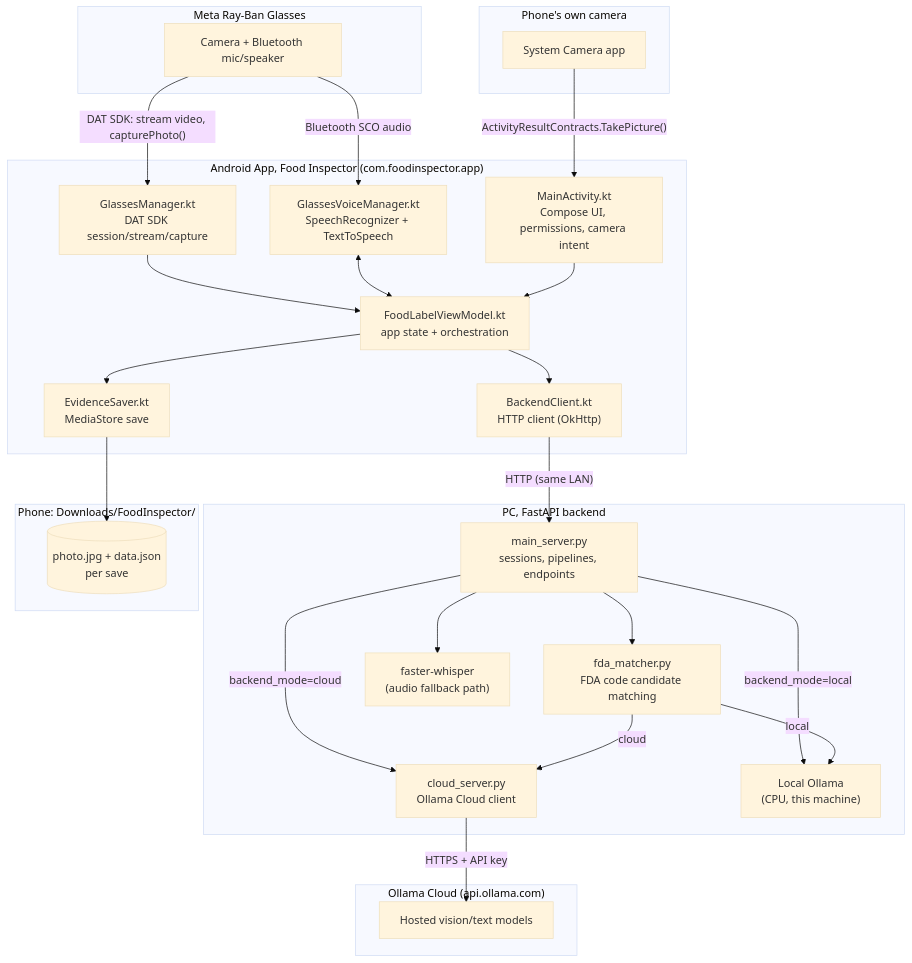
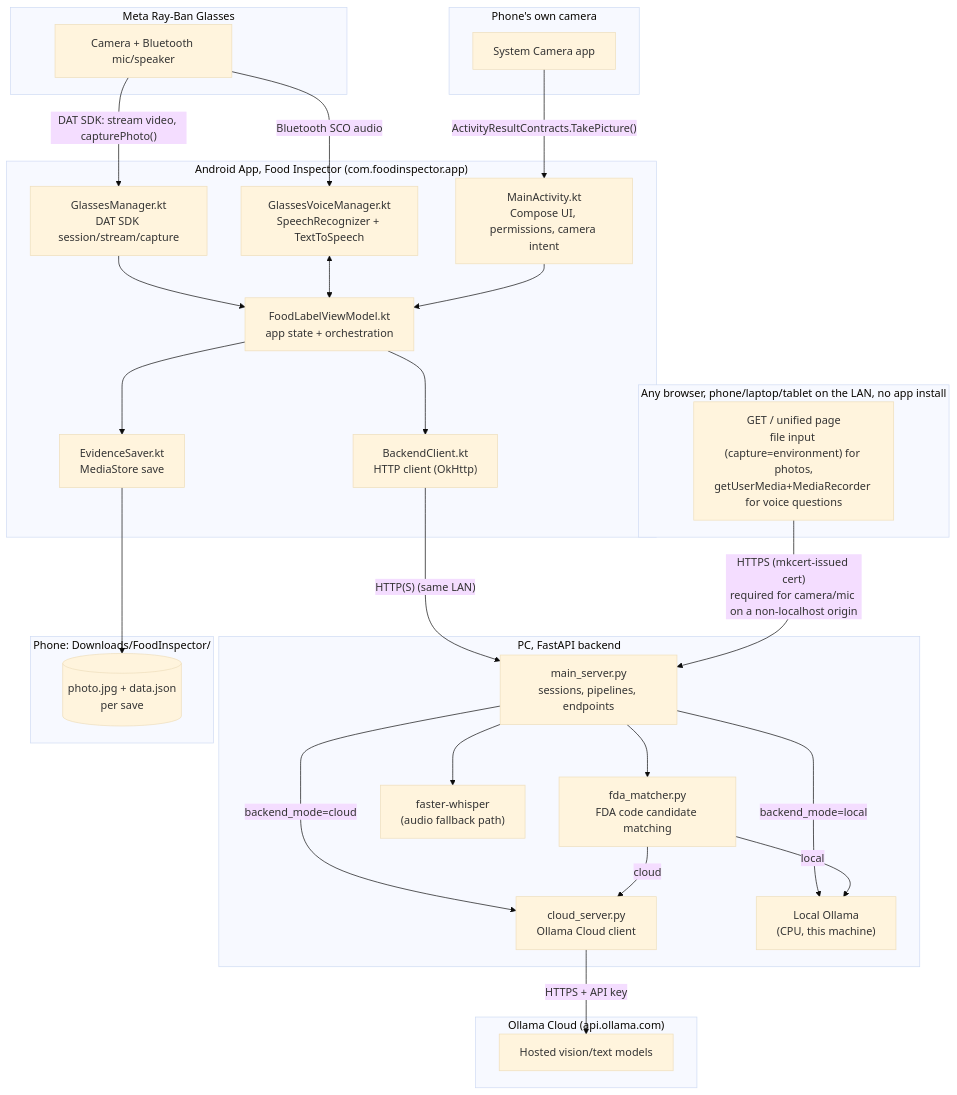
One commit to dipamb11/FoodInspector changed the first of 3 diagrams in README.md. Above: the diagram before and after it, drawn with Mermaid (base theme). The commit also changed other lines of this file and 3 other files, not shown here.

Commit message:
Add browser HTTPS/mkcert support docs, fix cloud image format normalization and null-list JSON handling

````diff
--- a/README.md
+++ b/README.md
@@ -15,55 +18,60 @@
 ```mermaid
 flowchart TB
     subgraph Glasses["Meta Ray-Ban Glasses"]
         GlassCam["Camera + Bluetooth mic/speaker"]
     end
 
     subgraph PhoneCam["Phone's own camera"]
         SystemCamera["System Camera app"]
+    end
+
+    subgraph BrowserClient["Any browser, phone/laptop/tablet on the LAN, no app install"]
+        BrowserUI["GET / unified page<br/>file input (capture=environment) for photos,<br/>getUserMedia+MediaRecorder for voice questions"]
     end
 
     subgraph App["Android App, Food Inspector (com.foodinspector.app)"]
         MainActivity["MainActivity.kt<br/>Compose UI, permissions, camera intent"]
         ViewModel["FoodLabelViewModel.kt<br/>app state + orchestration"]
         GlassesManager["GlassesManager.kt<br/>DAT SDK session/stream/capture"]
         VoiceManager["GlassesVoiceManager.kt<br/>SpeechRecognizer + TextToSpeech"]
         BackendClient["BackendClient.kt<br/>HTTP client (OkHttp)"]
         EvidenceSaver["EvidenceSaver.kt<br/>MediaStore save"]
     end
 
     subgraph PC["PC, FastAPI backend"]
         MainServer["main_server.py<br/>sessions, pipelines, endpoints"]
         CloudServer["cloud_server.py<br/>Ollama Cloud client"]
         FdaMatcher["fda_matcher.py<br/>FDA code candidate matching"]
         LocalOllama["Local Ollama<br/>(CPU, this machine)"]
         Whisper["faster-whisper<br/>(audio fallback path)"]
     end
 
     subgraph OllamaCloud["Ollama Cloud (api.ollama.com)"]
         CloudModels["Hosted vision/text models"]
     end
 
     subgraph PhoneStorage["Phone: Downloads/FoodInspector/"]
         SavedEvidence[("photo.jpg + data.json<br/>per save")]
     end
 
     GlassCam -- "DAT SDK: stream video, capturePhoto()" --> GlassesManager
     GlassCam -- "Bluetooth SCO audio" --> VoiceManager
     SystemCamera -- "ActivityResultContracts.TakePicture()" --> MainActivity
 
     GlassesManager --> ViewModel
     VoiceManager <--> ViewModel
     MainActivity --> ViewModel
     ViewModel --> BackendClient
     ViewModel --> EvidenceSaver
     EvidenceSaver --> SavedEvidence
 
-    BackendClient -- "HTTP (same LAN)" --> MainServer
+    BackendClient -- "HTTP(S) (same LAN)" --> MainServer
+    BrowserUI -- "HTTPS (mkcert-issued cert)<br/>required for camera/mic on a non-localhost origin" --> MainServer
     MainServer -- "backend_mode=local" --> LocalOllama
     MainServer -- "backend_mode=cloud" --> CloudServer
     MainServer --> FdaMatcher
     FdaMatcher -- "local" --> LocalOllama
     FdaMatcher -- "cloud" --> CloudServer
     CloudServer -- "HTTPS + API key" --> CloudModels
     MainServer --> Whisper
 ```
````
